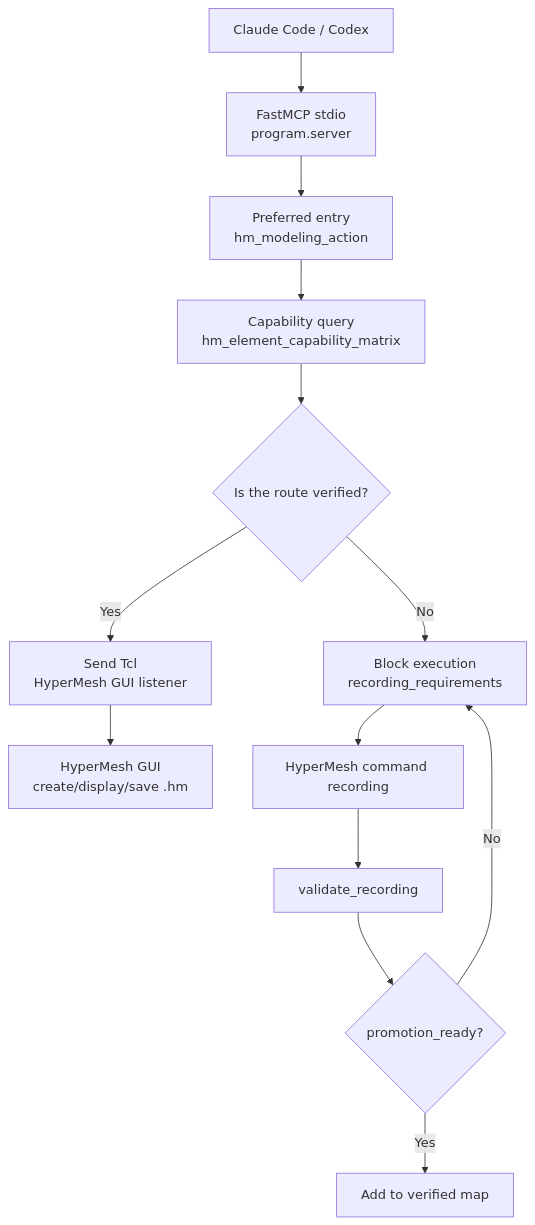
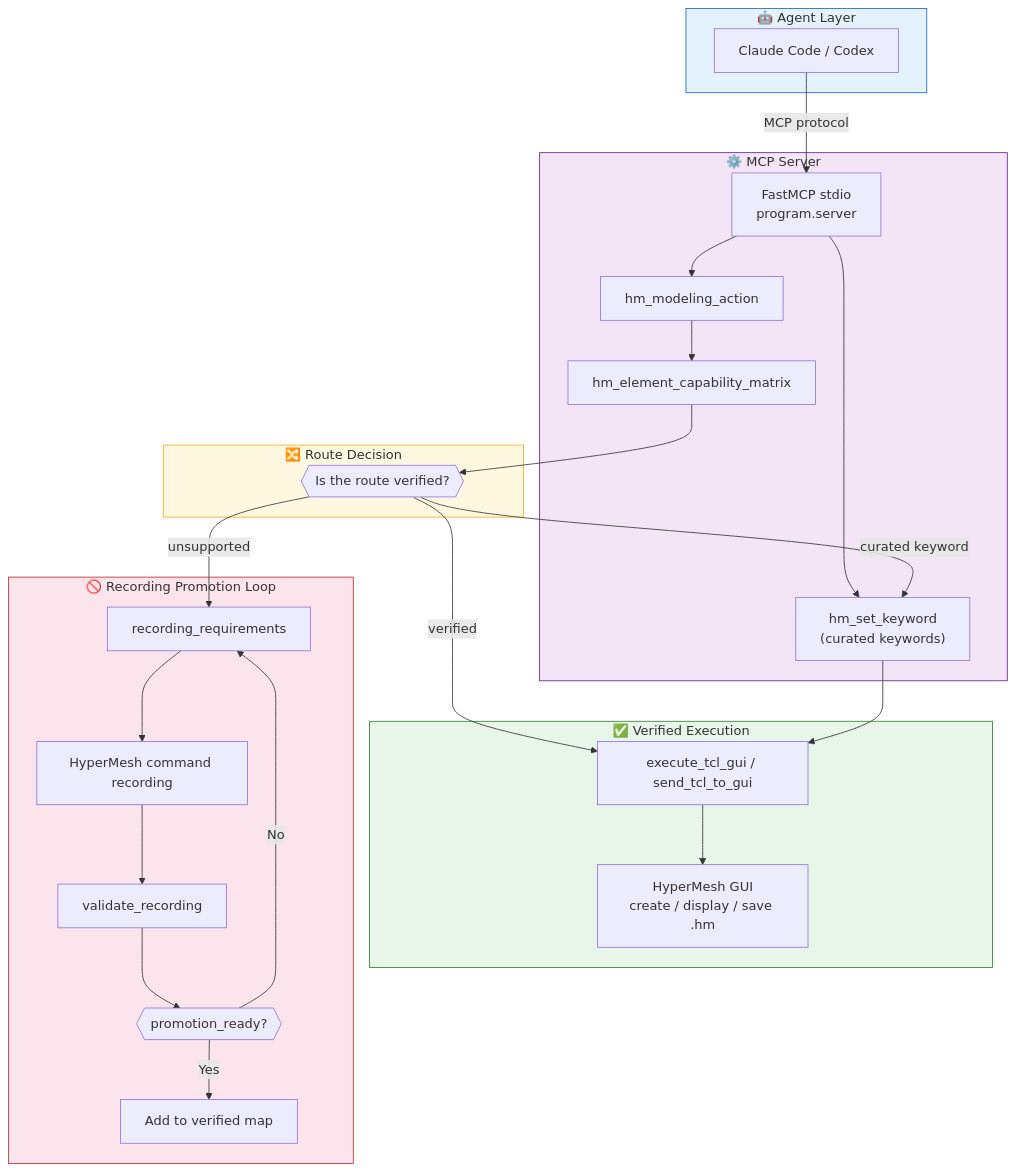
The diagram in README.en.md (yesooner/hyper-dyna-mcp), drawn with Mermaid before and after one commit. The commit also changed 1 other file, not shown here.

Commit message:
docs: 优化 README mermaid 流程图
- 添加颜色分层：Agent Layer、MCP Server、Route Decision、Verified Execution、Recording Promotion Loop
- 添加 curated keyword 分支（hm_set_keyword）
- 英文 README 同步更新

````diff
--- a/README.en.md
+++ b/README.en.md
@@ -26,15 +26,52 @@
 ```mermaid
 flowchart TD
-    A["Claude Code / Codex"] --> B["FastMCP stdio<br/>program.server"]
-    B --> C["Preferred entry<br/>hm_modeling_action"]
-    C --> D["Capability query<br/>hm_element_capability_matrix"]
-    D --> E{"Is the route verified?"}
-    E -- "Yes" --> F["Send Tcl<br/>HyperMesh GUI listener"]
-    F --> G["HyperMesh GUI<br/>create/display/save .hm"]
-    E -- "No" --> H["Block execution<br/>recording_requirements"]
-    H --> I["HyperMesh command recording"]
-    I --> J["validate_recording"]
-    J --> K{"promotion_ready?"}
-    K -- "Yes" --> L["Add to verified map"]
+    subgraph agent["🤖 Agent Layer"]
+        A["Claude Code / Codex"]
+    end
+
+    subgraph mcp["⚙️ MCP Server"]
+        B["FastMCP stdio<br/>program.server"]
+        C["hm_modeling_action"]
+        D["hm_element_capability_matrix"]
+        R["hm_set_keyword<br/>(curated keywords)"]
+    end
+
+    subgraph decision["🔀 Route Decision"]
+        E{{"Is the route verified?"}}
+    end
+
+    subgraph exec["✅ Verified Execution"]
+        F["execute_tcl_gui / send_tcl_to_gui"]
+        G["HyperMesh GUI<br/>create / display / save .hm"]
+    end
+
+    subgraph blocked["🚫 Recording Promotion Loop"]
+        H["recording_requirements"]
+        I["HyperMesh command recording"]
+        J["validate_recording"]
+        K{{"promotion_ready?"}}
+        L["Add to verified map"]
+    end
+
+    A -->|"MCP protocol"| B
+    B --> C
+    B --> R
+    C --> D
+    D --> E
+    E -- "verified" --> F
+    E -- "curated keyword" --> R
+    R --> F
+    F --> G
+    E -- "unsupported" --> H
+    H --> I
+    I --> J
+    J --> K
+    K -- "Yes" --> L
     K -- "No" --> H
+
+    style agent fill:#e3f2fd,stroke:#1565c0
+    style mcp fill:#f3e5f5,stroke:#6a1b9a
+    style decision fill:#fff8e1,stroke:#f9a825
+    style exec fill:#e8f5e9,stroke:#2e7d32
+    style blocked fill:#fce4ec,stroke:#c62828
 ```
````
